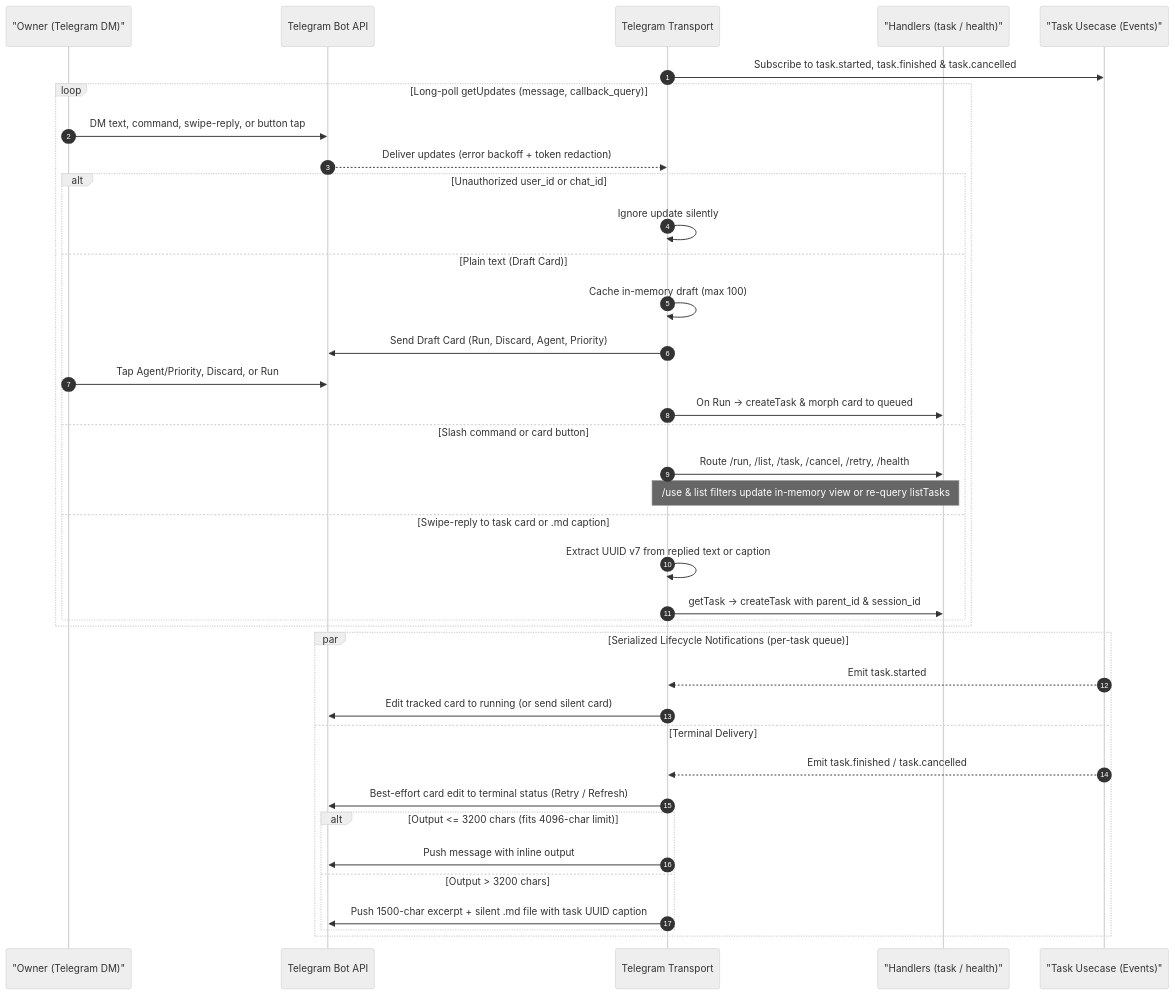
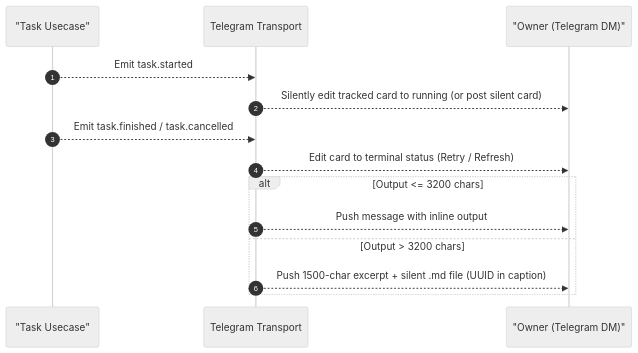
The fourth of 4 diagrams in docs/seq-telegram.md (anlew2k2/task-aside), drawn with Mermaid (neutral theme) before and after one commit. The commit also changed other lines of this file and 32 other files, not shown here.

````diff
--- a/docs/seq-telegram.md
+++ b/docs/seq-telegram.md
@@ -29,42 +62,17 @@
 ```mermaid
 sequenceDiagram
   autonumber
+  participant U as "Task Usecase"
+  participant TG as Telegram Transport
   participant O as "Owner (Telegram DM)"
-  participant API as Telegram Bot API
-  participant TG as Telegram Transport
-  participant H as "Handlers (task / health)"
-  participant U as "Task Usecase (Events)"
 
-  TG->>U: Subscribe to task.started, task.finished & task.cancelled
-  loop Long-poll getUpdates (message, callback_query)
-    O->>API: DM text, command, swipe-reply, or button tap
-    API-->>TG: Deliver updates (error backoff + token redaction)
-    alt Unauthorized user_id or chat_id
-      TG->>TG: Ignore update silently
-    else Plain text (Draft Card)
-      TG->>TG: Cache in-memory draft (max 100)
-      TG->>API: Send Draft Card (Run, Discard, Agent, Priority)
-      O->>API: Tap Agent/Priority, Discard, or Run
-      TG->>H: On Run -> createTask & morph card to queued
-    else Slash command or card button
-      TG->>H: Route /run, /list, /task, /cancel, /retry, /health
-      Note over TG,H: /use & list filters update in-memory view or re-query listTasks
-    else Swipe-reply to task card or .md caption
-      TG->>TG: Extract UUID v7 from replied text or caption
-      TG->>H: getTask -> createTask with parent_id & session_id
-    end
-  end
-
-  par Serialized Lifecycle Notifications (per-task queue)
-    U-->>TG: Emit task.started
-    TG->>API: Edit tracked card to running (or send silent card)
-  and Terminal Delivery
-    U-->>TG: Emit task.finished / task.cancelled
-    TG->>API: Best-effort card edit to terminal status (Retry / Refresh)
-    alt Output <= 3200 chars (fits 4096-char limit)
-      TG->>API: Push message with inline output
-    else Output > 3200 chars
-      TG->>API: Push 1500-char excerpt + silent .md file with task UUID caption
-    end
+  U-->>TG: Emit task.started
+  TG-->>O: Silently edit tracked card to running (or post silent card)
+  U-->>TG: Emit task.finished / task.cancelled
+  TG-->>O: Edit card to terminal status (Retry / Refresh)
+  alt Output <= 3200 chars
+    TG-->>O: Push message with inline output
+  else Output > 3200 chars
+    TG-->>O: Push 1500-char excerpt + silent .md file (UUID in caption)
   end
 ```
````
